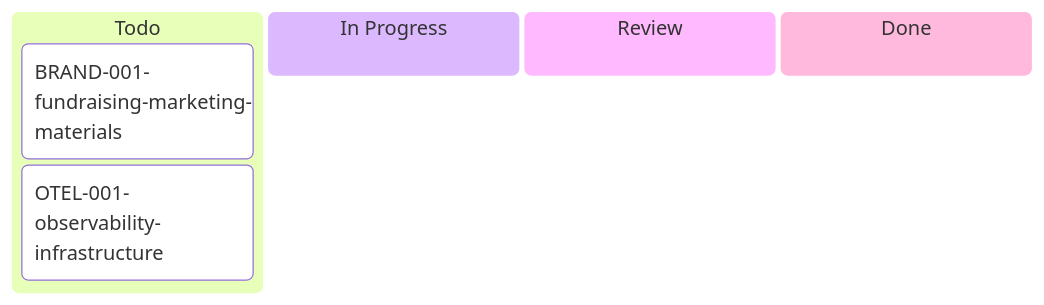
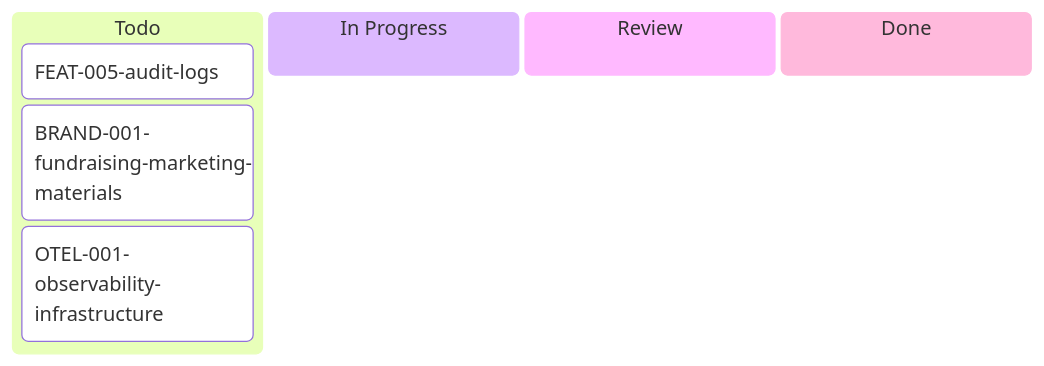
One commit to inixiative/template changed the diagram in tickets/kanban-hernan.md. Above: the diagram before and after it, drawn with Mermaid. The commit also changed other lines of this file and 175 other files, not shown here.

````diff
--- a/tickets/kanban-hernan.md
+++ b/tickets/kanban-hernan.md
@@ -3,14 +3,15 @@
 ```mermaid
 ---
 config:
   kanban:
     ticketBaseUrl: 'https://github.com/yourorg/template/blob/main/tickets/#TICKET#'
 ---
 kanban
   Todo
+    FEAT-005-audit-logs
     BRAND-001-fundraising-marketing-materials
     OTEL-001-observability-infrastructure
   In Progress
   Review
   Done
 ```
````
